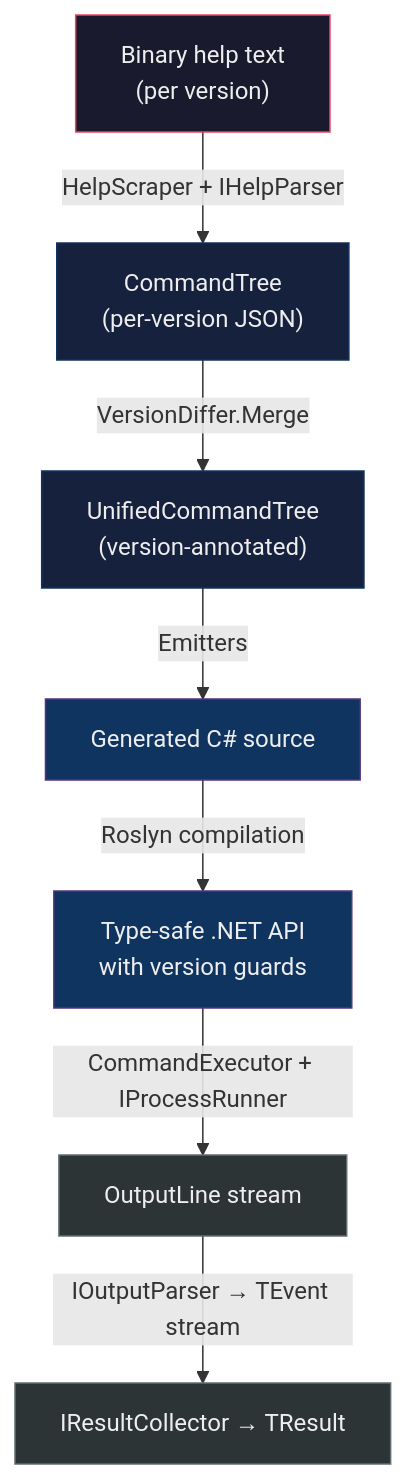
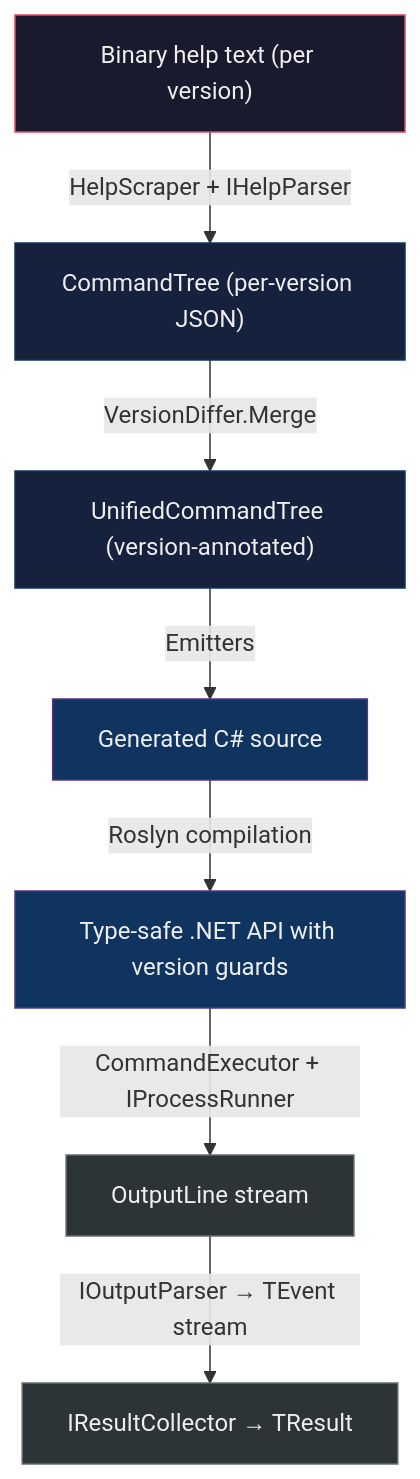
One commit to FrenchExDev/FrenchExDev changed diagram 14 of 14 in Net/FrenchExDev/BinaryWrapper/doc/ARCHITECTURE.md. Above: the diagram before and after it, drawn with Mermaid. The commit also changed other lines of this file and 2 other files, not shown here.

Commit message:
fix: mermaid markdown

````diff
--- a/Net/FrenchExDev/BinaryWrapper/doc/ARCHITECTURE.md
+++ b/Net/FrenchExDev/BinaryWrapper/doc/ARCHITECTURE.md
@@ -1102,17 +1102,17 @@
 ```mermaid
 flowchart TD
-    A["Binary help text<br>(per version)"] -->|"HelpScraper + IHelpParser"| B["CommandTree<br>(per-version JSON)"]
-    B -->|"VersionDiffer.Merge"| C["UnifiedCommandTree<br>(version-annotated)"]
+    A["Binary help text (per version)"] -->|"HelpScraper + IHelpParser"| B["CommandTree (per-version JSON)"]
+    B -->|"VersionDiffer.Merge"| C["UnifiedCommandTree (version-annotated)"]
     C -->|"Emitters"| D["Generated C# source"]
-    D -->|"Roslyn compilation"| E["Type-safe .NET API<br>with version guards"]
+    D -->|"Roslyn compilation"| E["Type-safe .NET API with version guards"]
     E -->|"CommandExecutor + IProcessRunner"| F["OutputLine stream"]
     F -->|"IOutputParser → TEvent stream"| G["IResultCollector → TResult"]
 
     style A fill:#1a1a2e,stroke:#e94560,color:#eee
     style B fill:#16213e,stroke:#0f3460,color:#eee
     style C fill:#16213e,stroke:#0f3460,color:#eee
     style D fill:#0f3460,stroke:#533483,color:#eee
     style E fill:#0f3460,stroke:#533483,color:#eee
     style F fill:#2d3436,stroke:#636e72,color:#eee
     style G fill:#2d3436,stroke:#636e72,color:#eee
 ```
````
